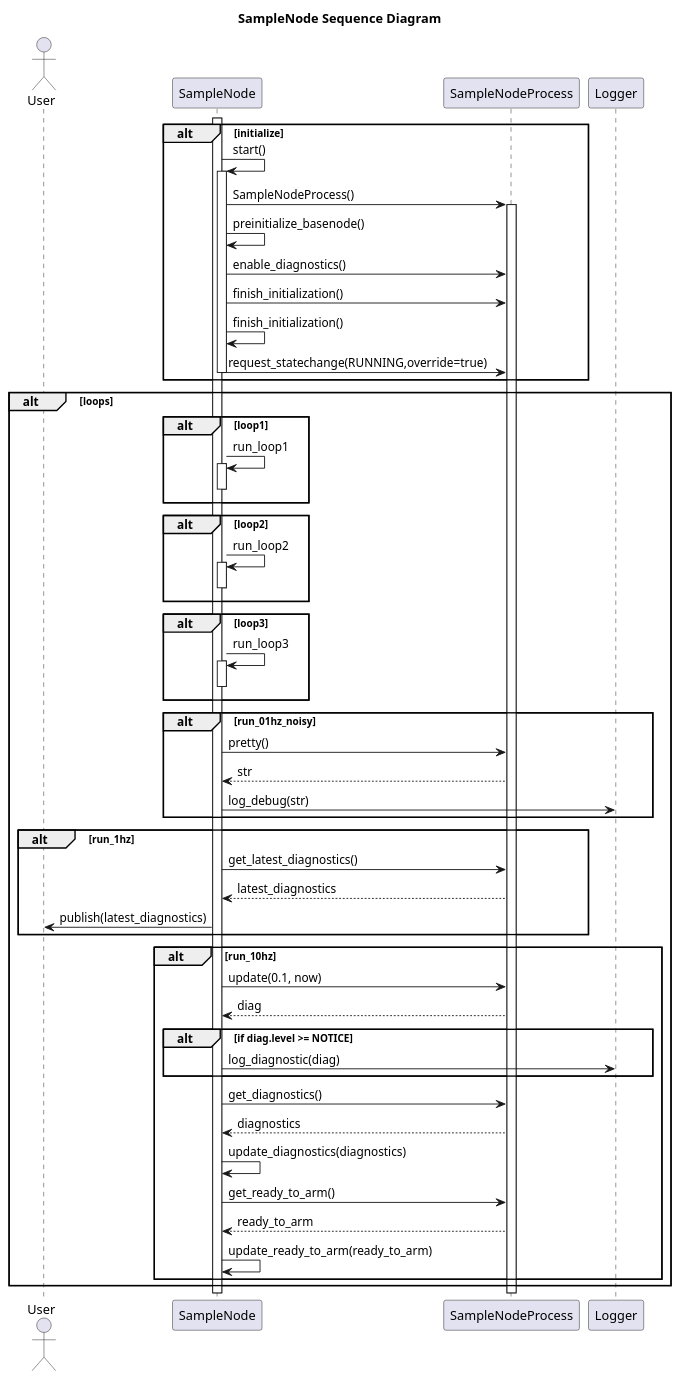
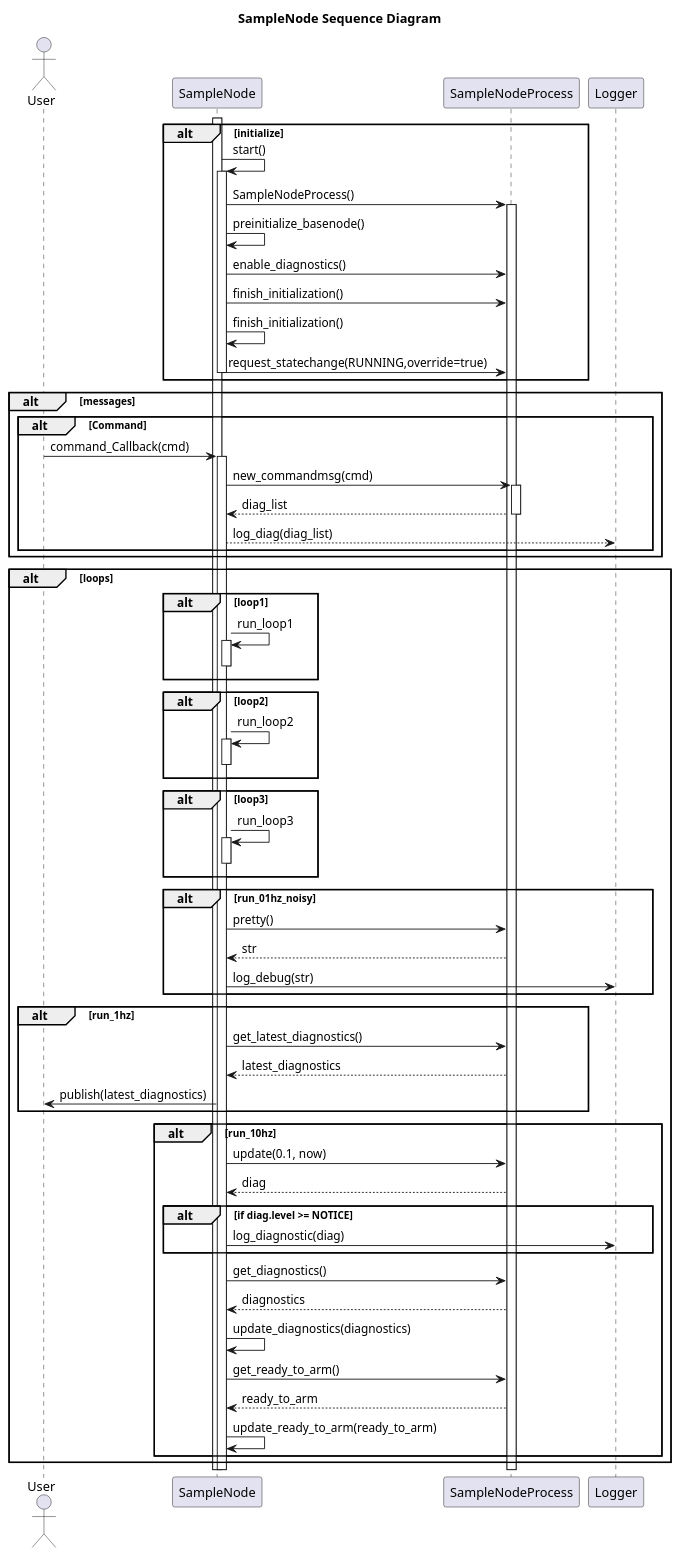
Before and after one commit to fastrobotics/eros: the diagram in auto_code/SampleNode/doc/SampleNodeSequenceDiagram.puml, drawn with PlantUML. The commit also changed 39 other files, not shown here.

```diff
--- a/auto_code/SampleNode/doc/SampleNodeSequenceDiagram.puml
+++ b/auto_code/SampleNode/doc/SampleNodeSequenceDiagram.puml
@@ -1,59 +1,67 @@
 @startuml
 title SampleNode Sequence Diagram
 actor User as user
 participant SampleNode as node
 participant SampleNodeProcess as process
 participant Logger as logger
 
 alt initialize
     activate node
     node -> node++: start()
     node -> process++: SampleNodeProcess()
     node -> node: preinitialize_basenode()
     node -> process: enable_diagnostics()
     node -> process: finish_initialization()
     node -> node: finish_initialization()
     node -> process: request_statechange(RUNNING,override=true)
     node--
 end
 
+alt messages
+    alt Command
+        user -> node++: command_Callback(cmd)
+        node -> process++: new_commandmsg(cmd)
+        process --> node--: diag_list
+        node --> logger: log_diag(diag_list)
+    end
+end
 alt loops
     alt loop1
         node -> node++: run_loop1
         node--
     end
     alt loop2
         node -> node++: run_loop2
         node--
     end
     alt loop3
         node -> node++: run_loop3
         node--
     end
     
     alt run_01hz_noisy
         node -> process: pretty()
         process --> node: str
         node -> logger: log_debug(str)
     end
     alt run_1hz
         node -> process: get_latest_diagnostics()
         process --> node: latest_diagnostics
         node -> user: publish(latest_diagnostics)
     end
     alt run_10hz
         node -> process: update(0.1, now)
         process --> node: diag
         alt if diag.level >= NOTICE
             node -> logger: log_diagnostic(diag)
         end
         node -> process: get_diagnostics()
         process --> node: diagnostics
         node -> node: update_diagnostics(diagnostics)
         node -> process: get_ready_to_arm()
         process --> node: ready_to_arm
         node -> node: update_ready_to_arm(ready_to_arm)
 
     end
 end
 @enduml
```
